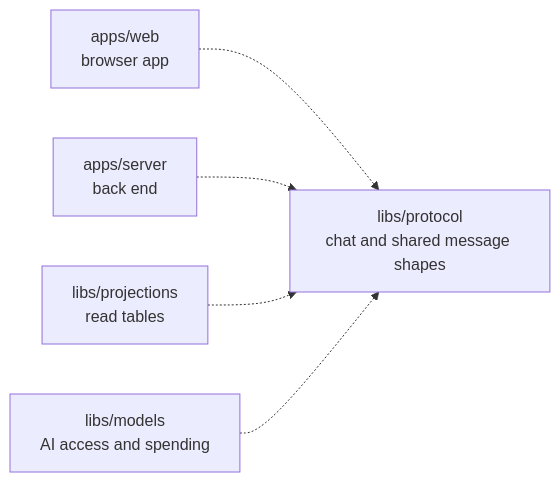
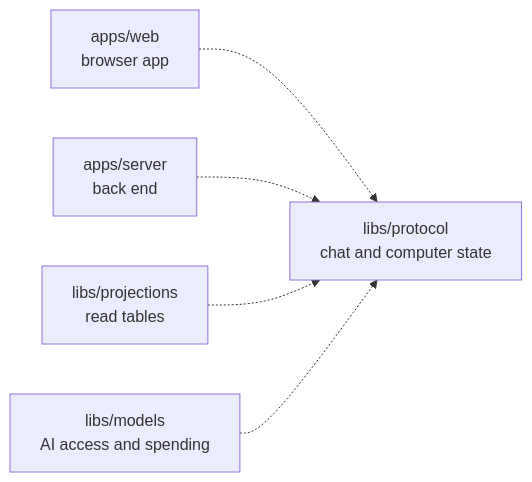
One commit to elewa-git/opencrane-new changed the diagram in libs/protocol/README.md. Above: the diagram before and after it, drawn with Mermaid. The commit also changed other lines of this file and 56 other files, not shown here.

````diff
--- a/libs/protocol/README.md
+++ b/libs/protocol/README.md
@@ -11,7 +11,7 @@
 ```mermaid
 flowchart LR
-  web["apps/web<br/>browser app"] -.-> protocol["libs/protocol<br/>chat and shared message shapes"]
+  web["apps/web<br/>browser app"] -.-> protocol["libs/protocol<br/>chat and computer state"]
   server["apps/server<br/>back end"] -.-> protocol
   projections["libs/projections<br/>read tables"] -.-> protocol
   models["libs/models<br/>AI access and spending"] -.-> protocol
 ```
````
